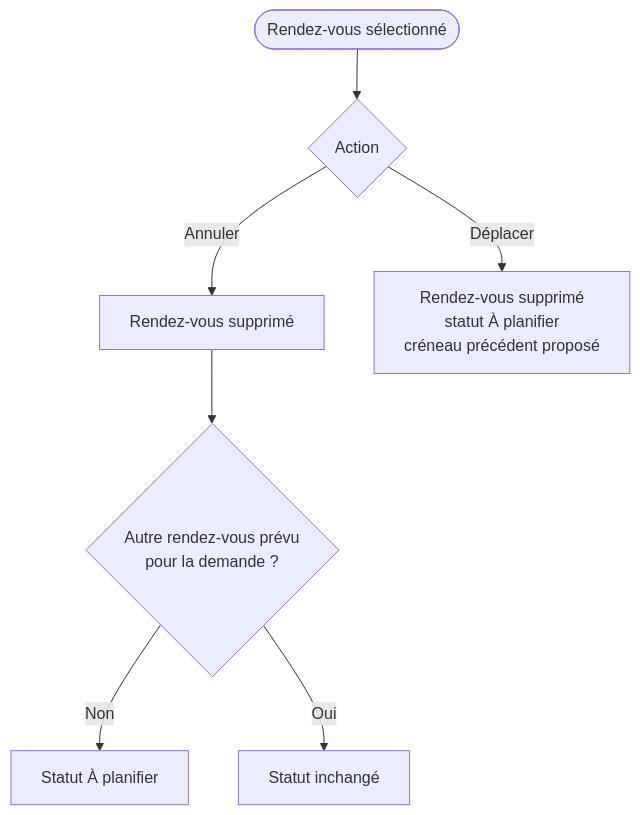
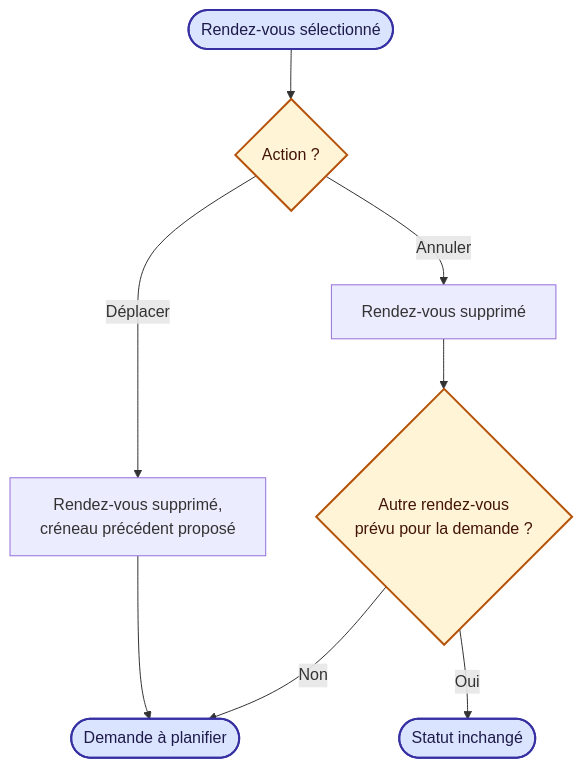
Before and after one commit to Mogot77/Application_Gestion_Travaux: the second of 5 diagrams in docs/organigrammes/05-planification-mission.md, drawn with Mermaid. The commit also changed other lines of this file and 32 other files, not shown here.

Commit message:
docs: rework flowcharts for readability (colors, larger text, split long diagrams, recent rules)

````diff
--- a/docs/organigrammes/05-planification-mission.md
+++ b/docs/organigrammes/05-planification-mission.md
@@ -26,9 +38,17 @@
 ```mermaid
 flowchart TD
-    R([Rendez-vous sélectionné]) --> A{Action}
+    R([Rendez-vous sélectionné]) --> A{Action ?}
     A -- Annuler --> B[Rendez-vous supprimé]
-    B --> C{Autre rendez-vous prévu<br/>pour la demande ?}
-    C -- Non --> D[Statut À planifier]
-    C -- Oui --> E[Statut inchangé]
-    A -- Déplacer --> F[Rendez-vous supprimé<br/>statut À planifier<br/>créneau précédent proposé]
+    B --> C{Autre rendez-vous<br/>prévu pour la demande ?}
+    C -- Non --> D([Demande à planifier])
+    C -- Oui --> E([Statut inchangé])
+    A -- Déplacer --> F[Rendez-vous supprimé,<br/>créneau précédent proposé]
+    F --> D
+    %% styles communs
+    classDef dec fill:#fff4d6,stroke:#b45309,stroke-width:2px,color:#431407
+    classDef term fill:#dbe4ff,stroke:#3730a3,stroke-width:2px,color:#1e1b4b
+    classDef err fill:#fde2e2,stroke:#b91c1c,stroke-width:2px,color:#450a0a
+    classDef ok fill:#dcfce7,stroke:#15803d,stroke-width:2px,color:#052e16
+    class A,C dec
+    class R,D,E term
 ```
````
